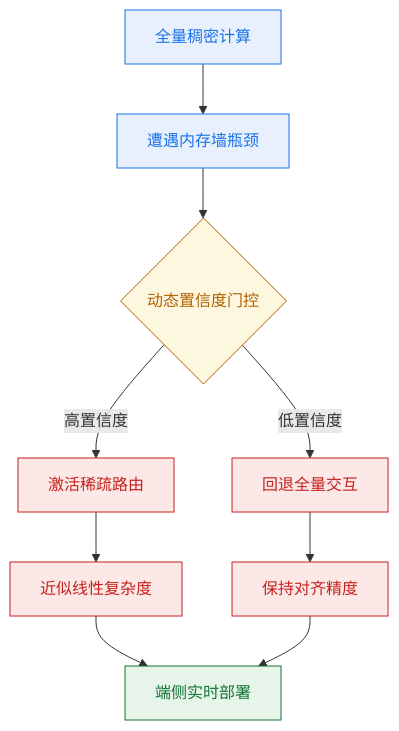
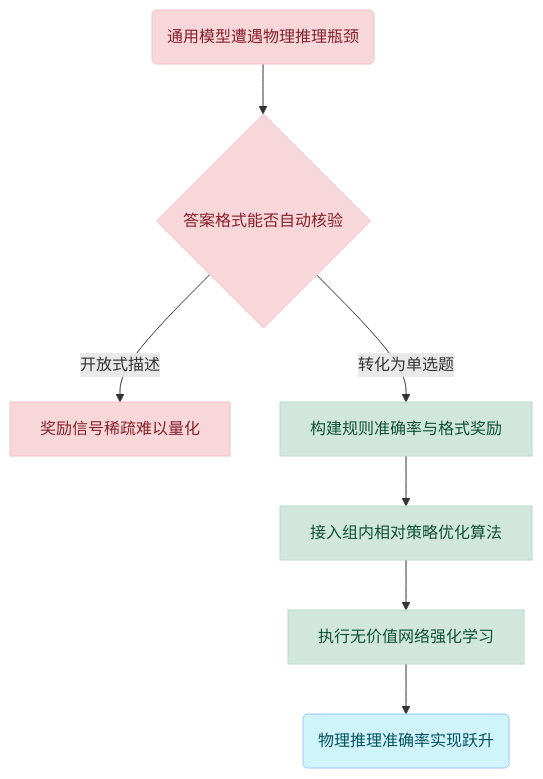
One commit to ShinewineW/paper-rolling changed the tenth of 10 diagrams in person_vault/2026-06-08_CosmosReason1_2503.15558/report.md. Above: the diagram before and after it, drawn with Mermaid. The commit also changed other lines of this file and 51 other files, not shown here.

````diff
--- a/person_vault/2026-06-08_CosmosReason1_2503.15558/report.md
+++ b/person_vault/2026-06-08_CosmosReason1_2503.15558/report.md
@@ -497,16 +551,15 @@
 ```mermaid
-flowchart TB
-    classDef dense fill:#e8f0fe,color:#1a73e8,stroke:#1a73e8
-    classDef sparse fill:#fce8e6,color:#c5221f,stroke:#c5221f
-    classDef future fill:#e6f4ea,color:#137333,stroke:#137333
-    classDef decision fill:#fef7e0,color:#b06000,stroke:#b06000
-
-    dense_scaling["全量稠密计算"]:::dense --> mem_wall["遭遇内存墙瓶颈"]:::dense
-    mem_wall --> route_gate{动态置信度门控}:::decision
-    route_gate -->|高置信度| activate_path["激活稀疏路由"]:::sparse
-    route_gate -->|低置信度| fallback_path["回退全量交互"]:::sparse
-    activate_path --> linear_complexity["近似线性复杂度"]:::sparse
-    fallback_path --> maintain_align["保持对齐精度"]:::sparse
-    linear_complexity --> deploy_ready["端侧实时部署"]:::future
-    maintain_align --> deploy_ready
+flowchart TD
+    start_node(通用模型遭遇物理推理瓶颈) --> decision_node{答案格式能否自动核验}
+    decision_node -- 开放式描述 --> fail_path["奖励信号稀疏难以量化"]
+    decision_node -- 转化为单选题 --> pivot_path["构建规则准确率与格式奖励"]
+    pivot_path --> rl_path["接入组内相对策略优化算法"]
+    rl_path --> train_path["执行无价值网络强化学习"]
+    train_path --> end_node(物理推理准确率实现跃升)
+    classDef bottleneck fill:#f8d7da,color:#842029,stroke:#f5c2c7
+    classDef pivot fill:#d1e7dd,color:#0f5132,stroke:#badbcc
+    classDef outcome fill:#cff4fc,color:#055160,stroke:#9ec5fe
+    class start_node,decision_node,fail_path bottleneck
+    class pivot_path,rl_path,train_path pivot
+    class end_node outcome
 ```
````
